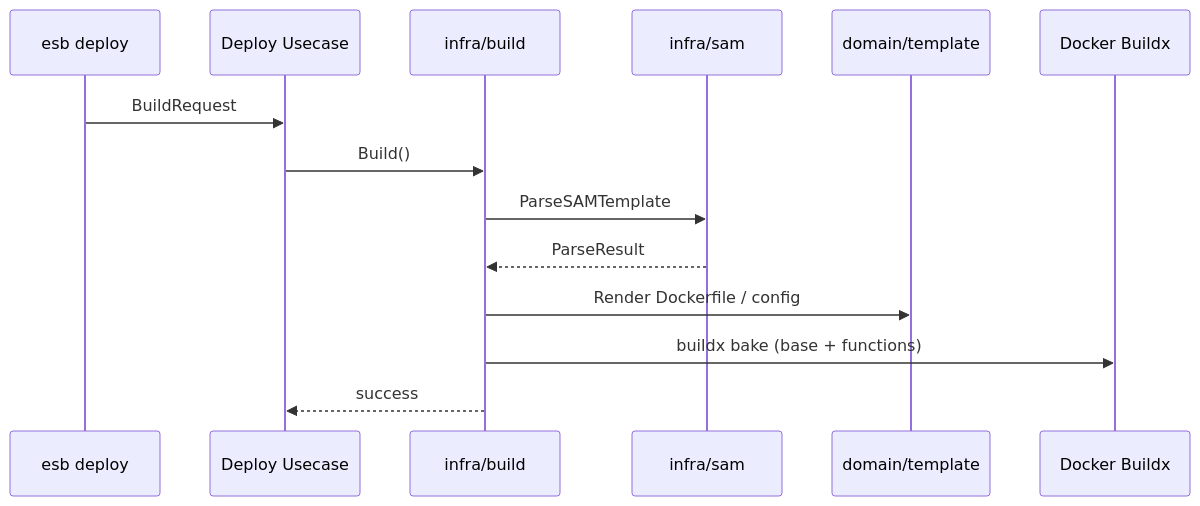
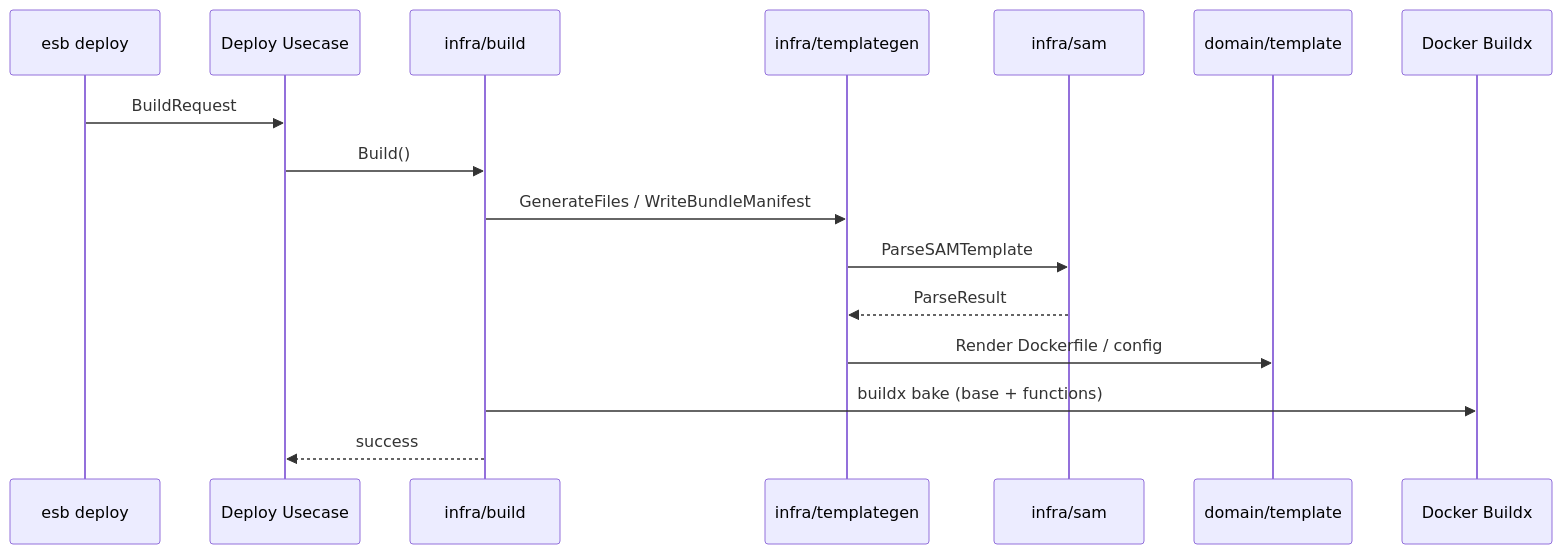
Before and after one commit to poruru-code/esb-cli: the diagram in docs/build.md, drawn with Mermaid. The commit also changed other lines of this file and 105 other files, not shown here.

````diff
--- a/docs/build.md
+++ b/docs/build.md
@@ -29,17 +30,19 @@
 ```mermaid
 sequenceDiagram
     participant CLI as esb deploy
     participant UC as Deploy Usecase
     participant Build as infra/build
+    participant TGen as infra/templategen
     participant SAM as infra/sam
     participant Tpl as domain/template
     participant Docker as Docker Buildx
 
     CLI->>UC: BuildRequest
     UC->>Build: Build()
-    Build->>SAM: ParseSAMTemplate
-    SAM-->>Build: ParseResult
-    Build->>Tpl: Render Dockerfile / config
+    Build->>TGen: GenerateFiles / WriteBundleManifest
+    TGen->>SAM: ParseSAMTemplate
+    SAM-->>TGen: ParseResult
+    TGen->>Tpl: Render Dockerfile / config
     Build->>Docker: buildx bake (base + functions)
     Build-->>UC: success
 ```
````
